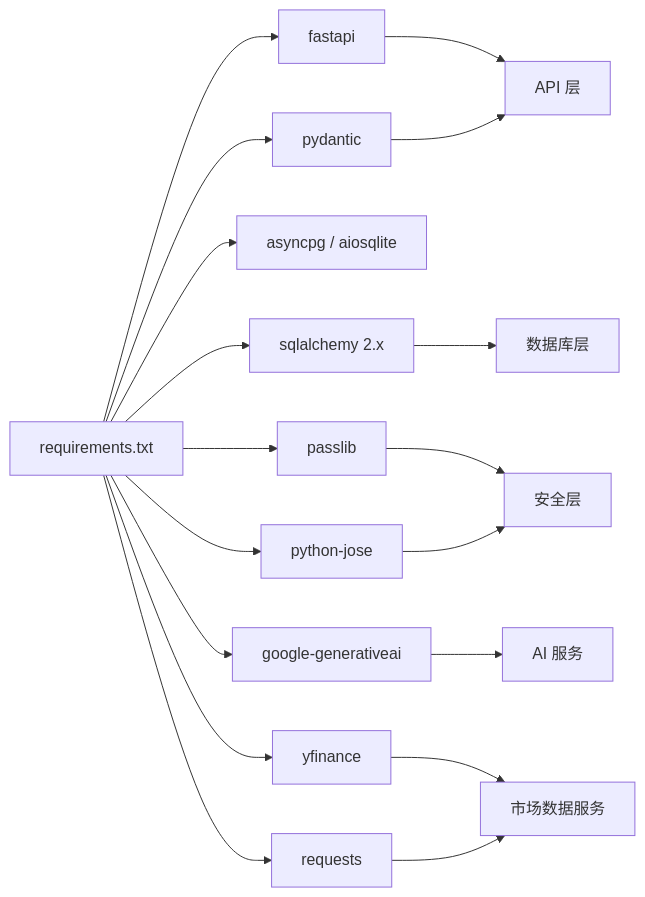
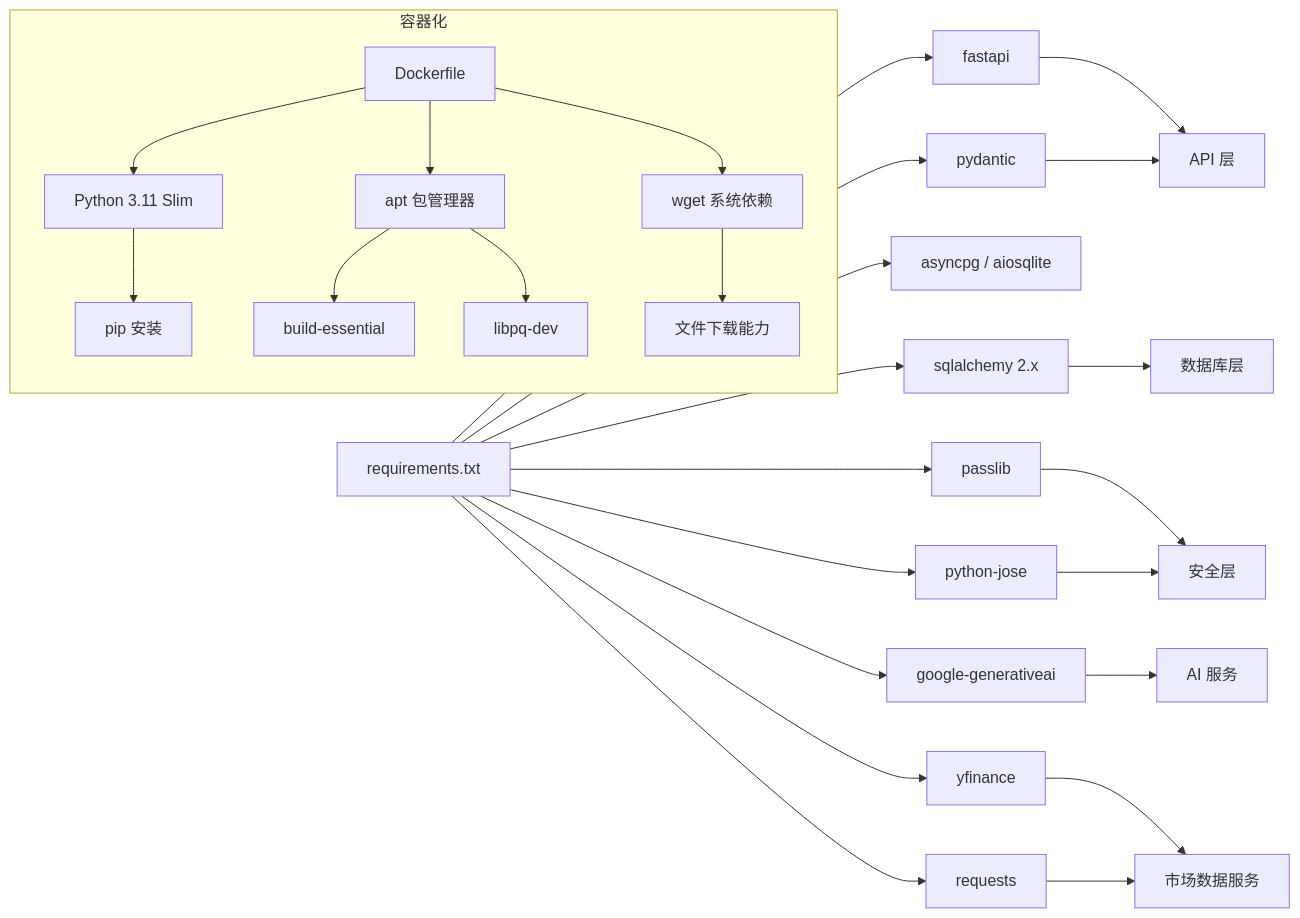
Before and after one commit to breeze-lyf/ai-stock-advisor: the eighth of 8 diagrams in .qoder/repowiki/zh/content/后端开发指南/后端开发指南.md, drawn with Mermaid. The commit also changed other lines of this file and 169 other files, not shown here.

````diff
--- a/.qoder/repowiki/zh/content/后端开发指南/后端开发指南.md
+++ b/.qoder/repowiki/zh/content/后端开发指南/后端开发指南.md
@@ -406,20 +452,29 @@
 ```mermaid
 graph LR
 Req["requirements.txt"] --> FA["fastapi"]
 Req --> SA["sqlalchemy 2.x"]
 Req --> PG["asyncpg / aiosqlite"]
 Req --> PD["pydantic"]
 Req --> PB["passlib"]
 Req --> JO["python-jose"]
 Req --> GG["google-generativeai"]
 Req --> YT["yfinance"]
 Req --> RS["requests"]
 FA --> API["API 层"]
 SA --> DB["数据库层"]
 PD --> API
 PB --> SEC["安全层"]
 JO --> SEC
 GG --> AIS["AI 服务"]
 YT --> MDS["市场数据服务"]
 RS --> MDS
+subgraph "容器化"
+Docker["Dockerfile"] --> PyBase["Python 3.11 Slim"]
+Docker --> Apt["apt 包管理器"]
+Docker --> Wget["wget 系统依赖"]
+PyBase --> Pip["pip 安装"]
+Apt --> BuildEssential["build-essential"]
+Apt --> LibPq["libpq-dev"]
+Wget --> FileDownload["文件下载能力"]
+end
 ```
````
